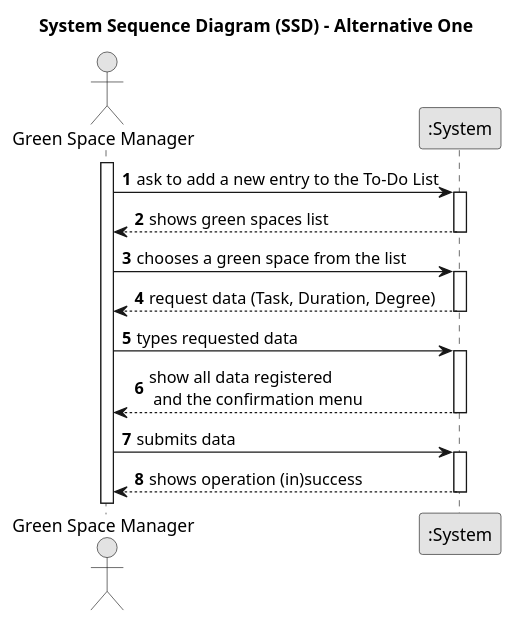
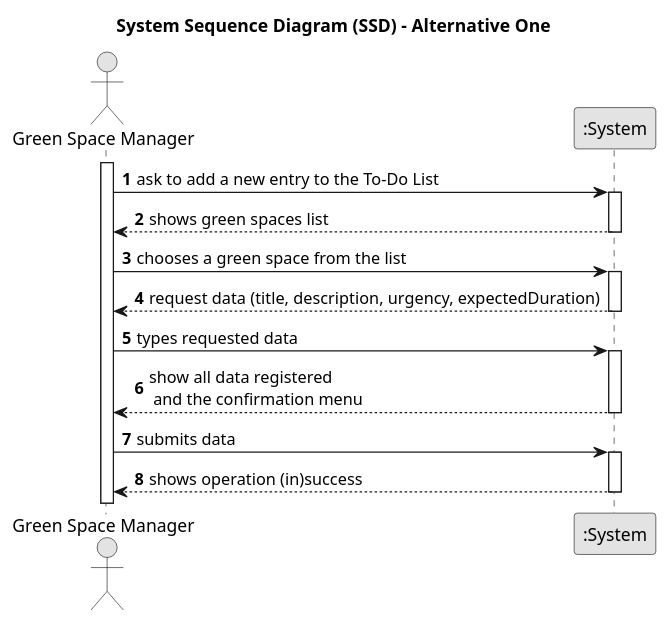
Before and after one commit to SAEmanuel/Green_Spaces_Management_ISEP: the diagram in docs/sprintC/us021/01.requirements-engineering/puml/us021-system-sequence-diagram-alternative-one.puml, drawn with PlantUML. The commit also changed 5 other files, not shown here.

```diff
--- a/docs/sprintC/us021/01.requirements-engineering/puml/us021-system-sequence-diagram-alternative-one.puml
+++ b/docs/sprintC/us021/01.requirements-engineering/puml/us021-system-sequence-diagram-alternative-one.puml
@@ -1,42 +1,42 @@
 @startuml
 skinparam monochrome true
 skinparam packageStyle rectangle
 skinparam shadowing false
 
 title System Sequence Diagram (SSD) - Alternative One
 
 autonumber
 
 actor "Green Space Manager" as Employee
 participant ":System" as System
 
 
 activate Employee
 
     Employee -> System : ask to add a new entry to the To-Do List
     activate System
 
         System --> Employee : shows green spaces list
     deactivate System
 
     Employee -> System : chooses a green space from the list
 
     activate System
 
-        System --> Employee : request data (Task, Duration, Degree)
+        System --> Employee : request data (title, description, urgency, expectedDuration)
     deactivate System
 
      Employee -> System : types requested data
 
      activate System
 
      System --> Employee : show all data registered\n and the confirmation menu
      deactivate System
 
     Employee -> System : submits data
     activate System
 
         System --> Employee : shows operation (in)success
     deactivate System
 
 @enduml
```
